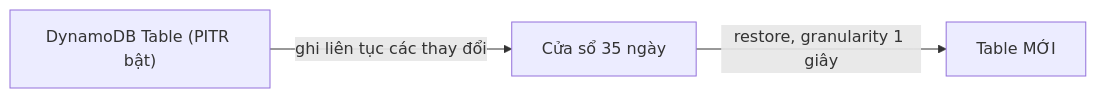
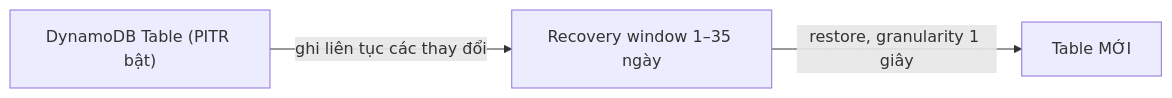
One commit to hairbui76/aws-saa-c03 changed the second of 2 diagrams in data/20 NoSQL and Analytics/DynamoDB Architecture.md. Above: the diagram before and after it, drawn with Mermaid. The commit also changed other lines of this file and 74 other files, not shown here.

````diff
--- a/data/20 NoSQL and Analytics/DynamoDB Architecture.md
+++ b/data/20 NoSQL and Analytics/DynamoDB Architecture.md
@@ -71,5 +72,5 @@
 ```mermaid
 flowchart LR
-    A["DynamoDB Table (PITR bật)"] -->|"ghi liên tục các thay đổi"| W["Cửa sổ 35 ngày"]
+    A["DynamoDB Table (PITR bật)"] -->|"ghi liên tục các thay đổi"| W["Recovery window 1–35 ngày"]
     W -->|"restore, granularity 1 giây"| B["Table MỚI"]
 ```
````
